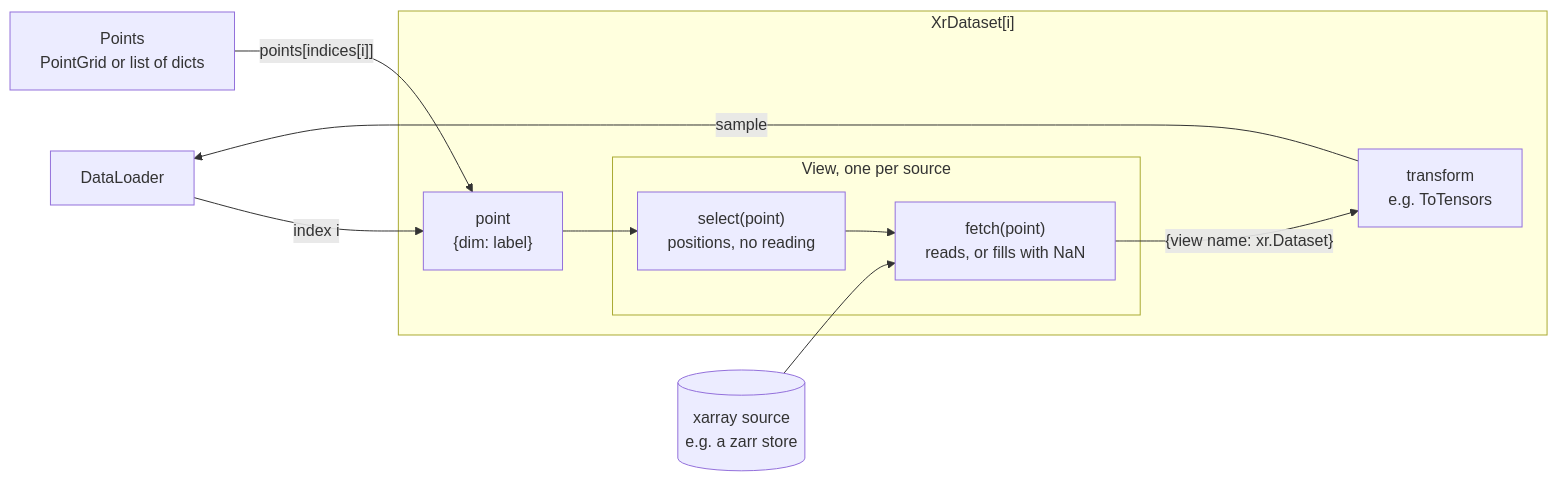
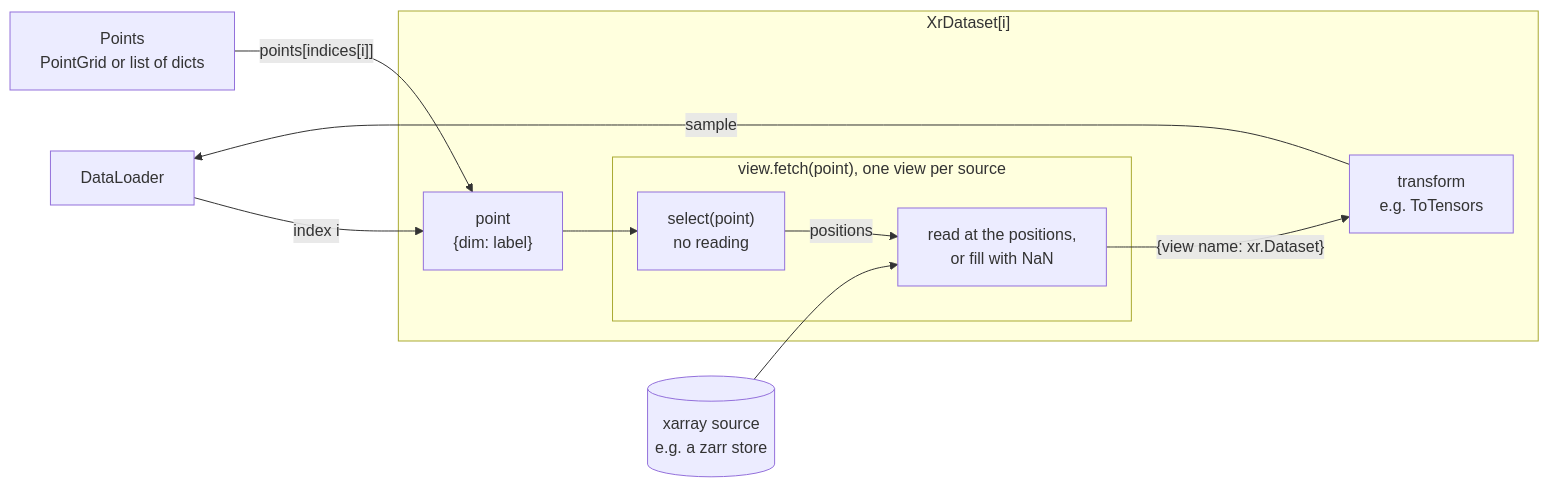
Before and after one commit to FabianSchubert/xarray_torch_dataset: the first of 2 diagrams in README.md, drawn with Mermaid.

Commit message:
Show select as a step inside fetch in the README diagram
The diagram drew select and fetch as two boxes in a row, which suggested
that fetch receives the positions from select. The dataset calls only
view.fetch(point), which calls select itself, so the view is now drawn
as what fetch does: select the positions, then read at them or fill.

````diff
--- a/README.md
+++ b/README.md
@@ -11,20 +11,21 @@
 ```mermaid
 flowchart LR
     loader["DataLoader"] -- "index i" --> point
     points["Points<br/>PointGrid or list of dicts"] -- "points[indices[i]]" --> point
 
     subgraph dataset["XrDataset[i]"]
         point["point<br/>{dim: label}"]
-        subgraph view["View, one per source"]
-            select["select(point)<br/>positions, no reading"]
-            fetch["fetch(point)<br/>reads, or fills with NaN"]
+        subgraph view["view.fetch(point), one view per source"]
+            select["select(point)<br/>no reading"]
+            read["read at the positions,<br/>or fill with NaN"]
         end
         transform["transform<br/>e.g. ToTensors"]
     end
 
     source[("xarray source<br/>e.g. a zarr store")]
-    point --> select --> fetch
-    source --> fetch
-    fetch -- "{view name: xr.Dataset}" --> transform
+    point --> select
+    select -- "positions" --> read
+    source --> read
+    read -- "{view name: xr.Dataset}" --> transform
     transform -- "sample" --> loader
 ```
````
